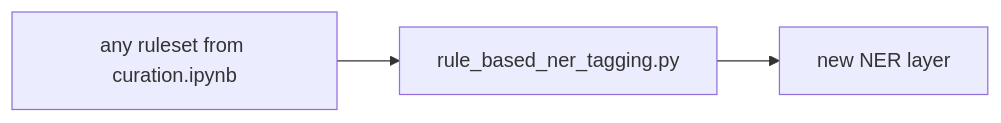
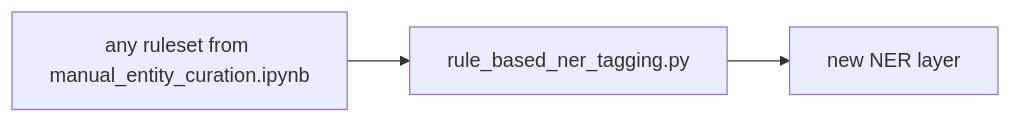
One commit to estnltk/estnltk-model-training changed the seventh of 7 diagrams in statistical_ner_labelling/readme.md. Above: the diagram before and after it, drawn with Mermaid. The commit also changed other lines of this file and 28 other files, not shown here.

````diff
--- a/statistical_ner_labelling/readme.md
+++ b/statistical_ner_labelling/readme.md
@@ -74,5 +75,5 @@
 ```mermaid
 graph LR;
-    id11[any ruleset from curation.ipynb]-->rule_based_ner_tagging.py;
+    id11[any ruleset from manual_entity_curation.ipynb]-->rule_based_ner_tagging.py;
     rule_based_ner_tagging.py-->id12[new NER layer];
 ```
````
